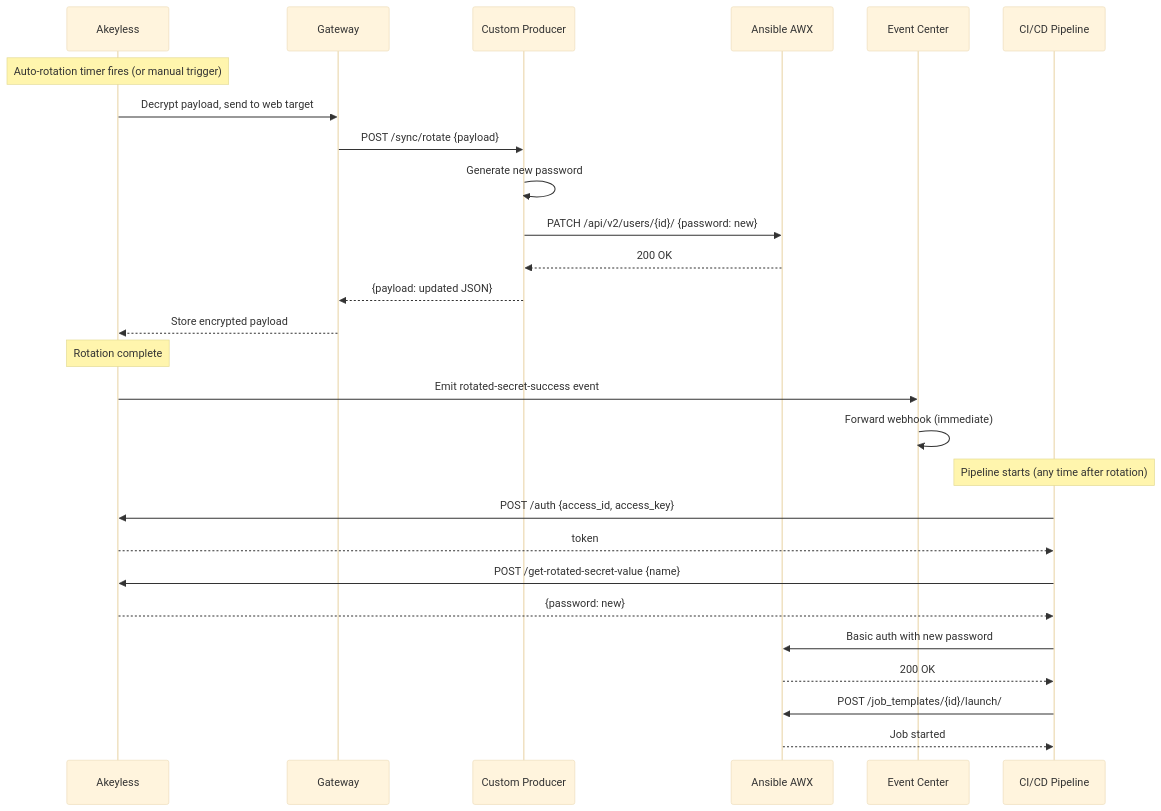
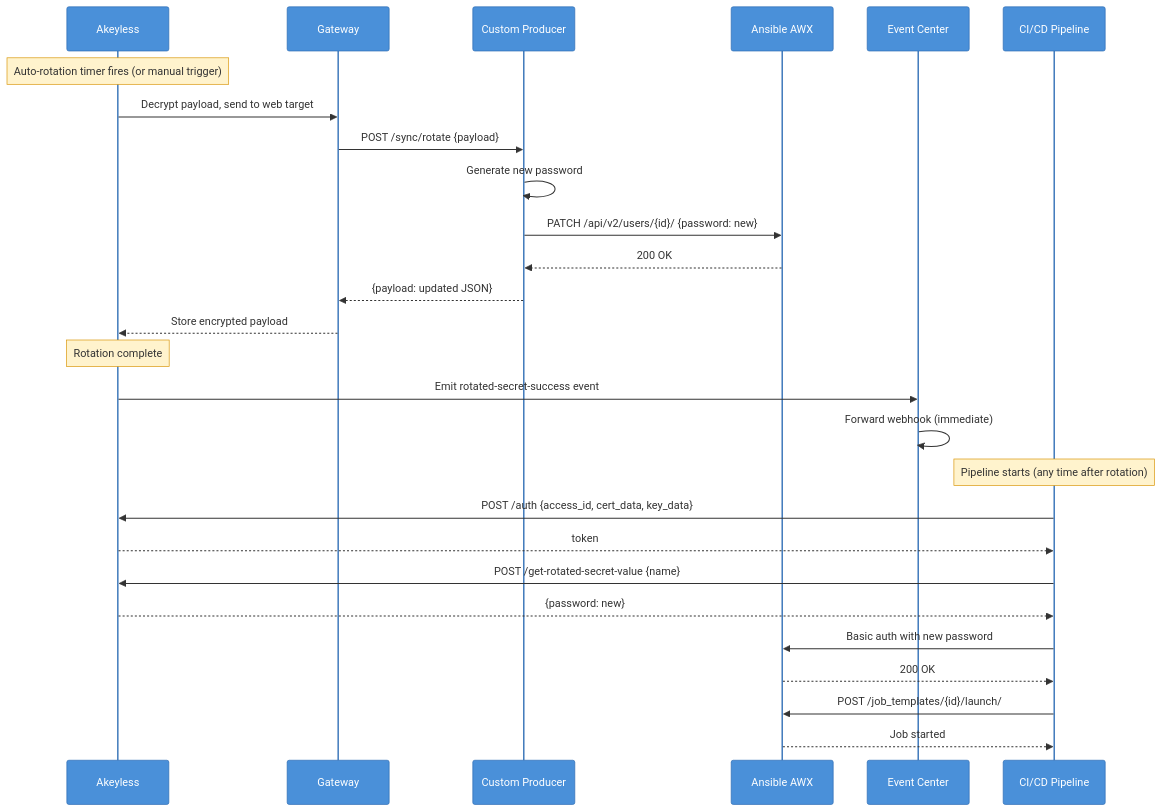
The second of 3 diagrams in README.md (Fahmy-Kadiri-akl/ansible-credential-rotation), drawn with Mermaid before and after one commit. The commit also changed other lines of this file and 23 other files, not shown here.

````diff
--- a/README.md
+++ b/README.md
@@ -139,40 +159,48 @@
 ```mermaid
 ---
 config:
   look: handDrawn
   theme: base
+  themeVariables:
+    actorBkg: "#4A90D9"
+    actorTextColor: "#fff"
+    actorBorder: "#2D6CB4"
+    signalColor: "#333"
+    noteBkgColor: "#FFF3CD"
+    noteBorderColor: "#D9960A"
+    noteTextColor: "#333"
 ---
 sequenceDiagram
     participant AKL as Akeyless
     participant GW as Gateway
     participant CP as Custom Producer
     participant AWX as Ansible AWX
     participant EC as Event Center
     participant CICD as CI/CD Pipeline
 
     Note over AKL: Auto-rotation timer fires (or manual trigger)
 
     AKL->>GW: Decrypt payload, send to web target
     GW->>CP: POST /sync/rotate {payload}
     CP->>CP: Generate new password
     CP->>AWX: PATCH /api/v2/users/{id}/ {password: new}
     AWX-->>CP: 200 OK
     CP-->>GW: {payload: updated JSON}
     GW-->>AKL: Store encrypted payload
 
     Note over AKL: Rotation complete
 
     AKL->>EC: Emit rotated-secret-success event
     EC->>EC: Forward webhook (immediate)
 
     Note over CICD: Pipeline starts (any time after rotation)
 
-    CICD->>AKL: POST /auth {access_id, access_key}
+    CICD->>AKL: POST /auth {access_id, cert_data, key_data}
     AKL-->>CICD: token
     CICD->>AKL: POST /get-rotated-secret-value {name}
     AKL-->>CICD: {password: new}
     CICD->>AWX: Basic auth with new password
     AWX-->>CICD: 200 OK
     CICD->>AWX: POST /job_templates/{id}/launch/
     AWX-->>CICD: Job started
 ```
````
